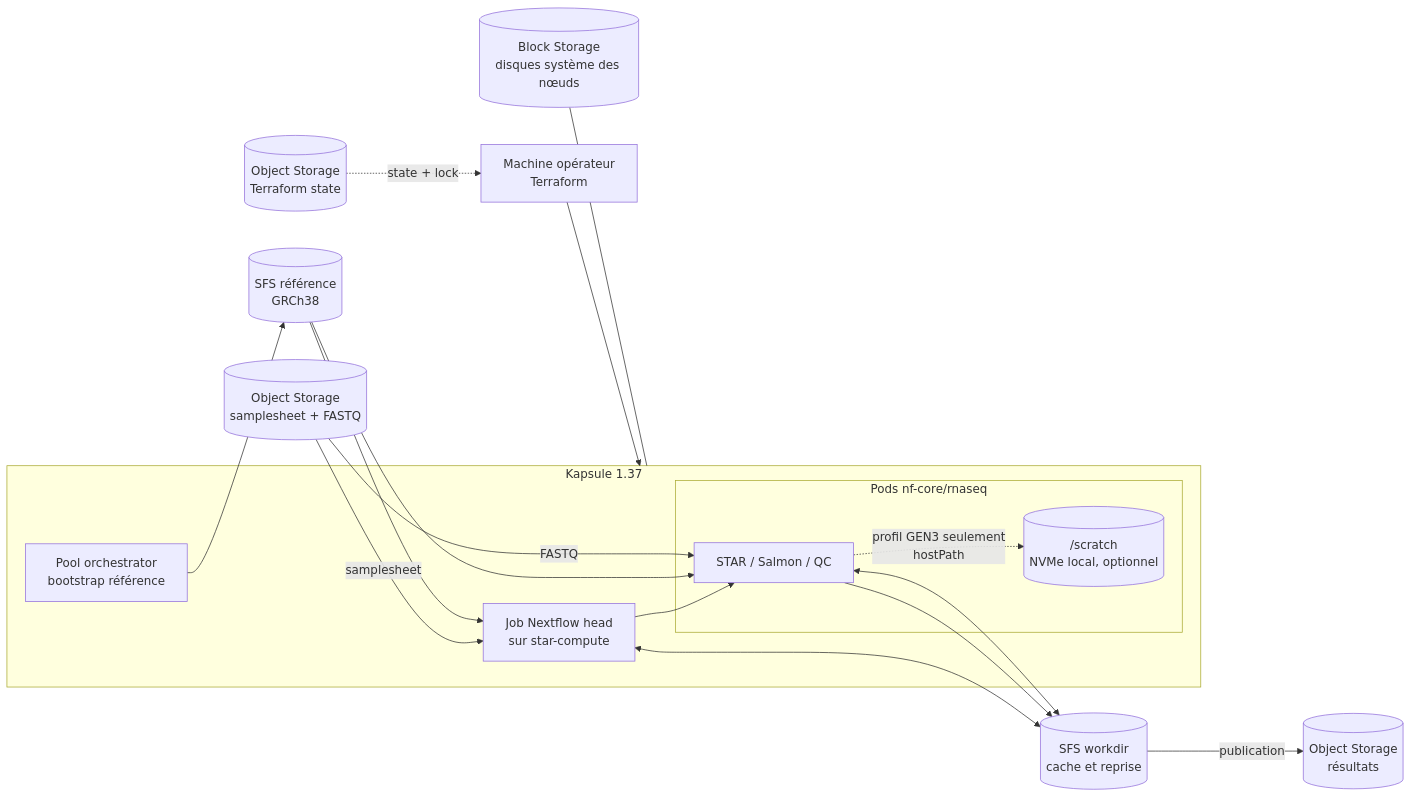
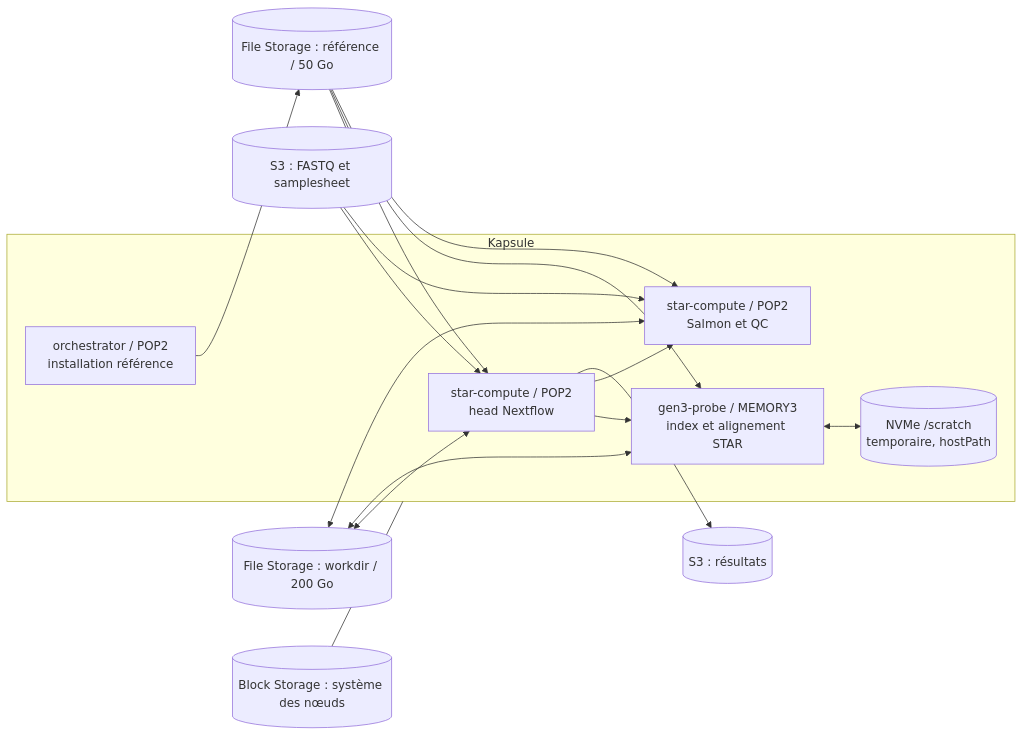
One commit to fg-scw/genomic-scw-nextflow changed the diagram in README.md. Above: the diagram before and after it, drawn with Mermaid. The commit also changed other lines of this file and 3 other files, not shown here.

````diff
--- a/README.md
+++ b/README.md
@@ -7,25 +7,24 @@
 ```mermaid
 flowchart LR
-  S3IN[("Object Storage<br/>samplesheet + FASTQ")] -->|samplesheet| HEAD
-  OP["Machine opérateur<br/>Terraform"] --> K
-  subgraph K["Kapsule 1.37"]
-    ORCH["Pool orchestrator<br/>bootstrap référence"]
-    HEAD["Job Nextflow head<br/>sur star-compute"]
-    subgraph TASK["Pods nf-core/rnaseq"]
-      STAR["STAR / Salmon / QC"]
-      SCRATCH[("/scratch<br/>NVMe local, optionnel")]
-    end
+  IN[("S3 : FASTQ et samplesheet")] --> HEAD
+  subgraph K["Kapsule"]
+    REFJOB["orchestrator / POP2<br/>installation référence"]
+    HEAD["star-compute / POP2<br/>head Nextflow"]
+    QC["star-compute / POP2<br/>Salmon et QC"]
+    STAR["gen3-probe / MEMORY3<br/>index et alignement STAR"]
+    NVME[("NVMe /scratch<br/>temporaire, hostPath")]
     HEAD --> STAR
+    HEAD --> QC
+    STAR <--> NVME
   end
-  ORCH --> REFVOL[("SFS référence<br/>GRCh38")]
-  REFVOL --> HEAD
-  REFVOL --> STAR
-  BLOCK[("Block Storage<br/>disques système des nœuds")] --- K
-  S3IN -->|FASTQ| STAR
-  WORK[("SFS workdir<br/>cache et reprise")] <--> HEAD
+  REFJOB --> REF[("File Storage : référence / 50 Go")]
+  REF --> HEAD
+  REF --> STAR
+  REF --> QC
+  WORK[("File Storage : workdir / 200 Go")] <--> HEAD
   WORK <--> STAR
-  STAR --> WORK
-  WORK -->|publication| S3OUT[("Object Storage<br/>résultats")]
-  STAR -. "profil GEN3 seulement<br/>hostPath" .-> SCRATCH
-  STATE[("Object Storage<br/>Terraform state")] -. "state + lock" .-> OP
+  WORK <--> QC
+  IN --> QC
+  HEAD --> OUT[("S3 : résultats")]
+  BLOCK[("Block Storage : système des nœuds")] --- K
 ```
````
